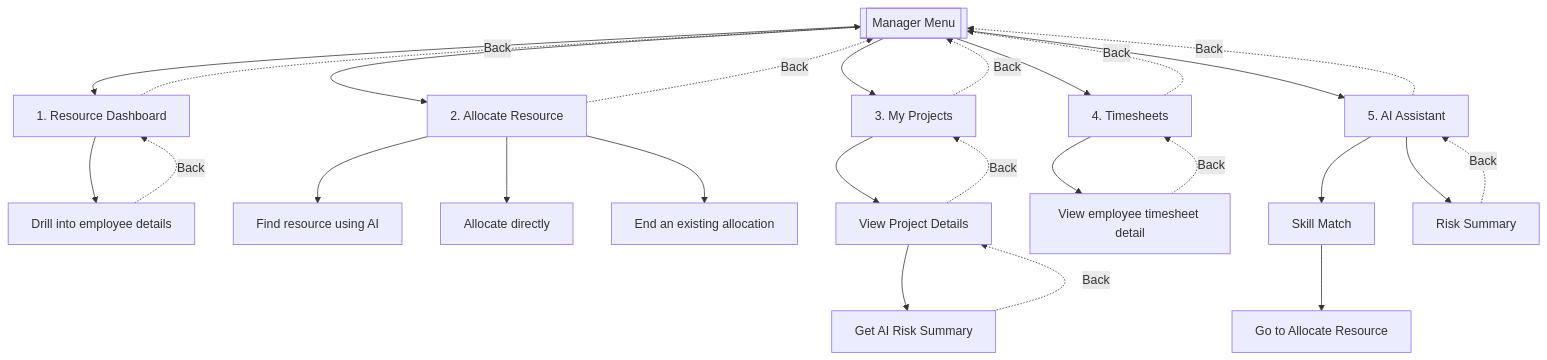
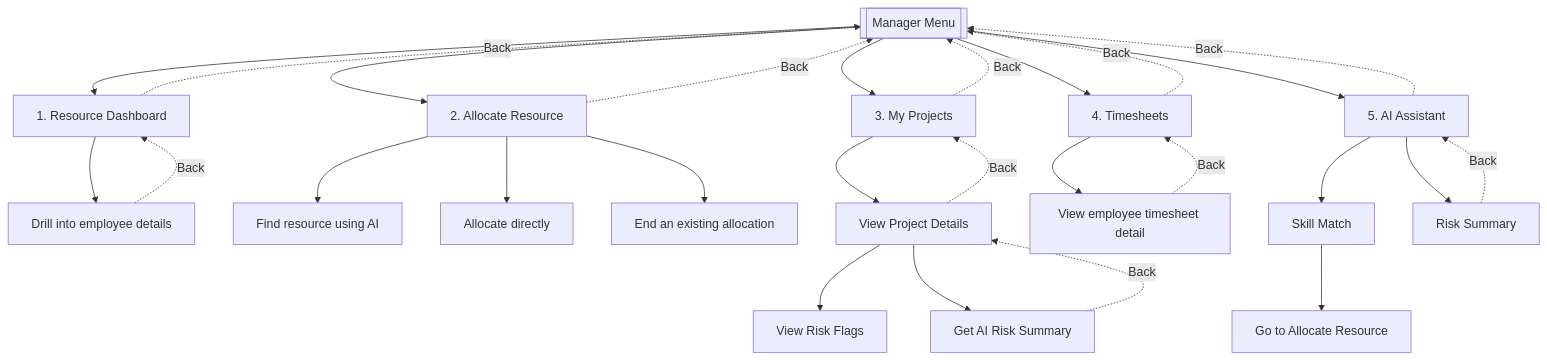
Before and after one commit to RiyaAmetaITT/Project-Resource-Management-tool: the third of 6 diagrams in UML Design/flow_diagrams.md, drawn with Mermaid. The commit also changed other lines of this file and 4 other files, not shown here.

Commit message:
Updated the design diagrams

````diff
--- a/UML Design/flow_diagrams.md
+++ b/UML Design/flow_diagrams.md
@@ -78,34 +82,35 @@
 ```mermaid
 flowchart TD
     ManagerMenu[[Manager Menu]]
     
     ManagerMenu --> ResDash[1. Resource Dashboard]
     ResDash --> DrillEmp[Drill into employee details]
     DrillEmp -. "Back" .-> ResDash
     ResDash -. "Back" .-> ManagerMenu
     
     ManagerMenu --> AllocRes[2. Allocate Resource]
     AllocRes --> AIAlloc[Find resource using AI]
     AllocRes --> DirectAlloc[Allocate directly]
     AllocRes --> EndAlloc[End an existing allocation]
     AllocRes -. "Back" .-> ManagerMenu
     
     ManagerMenu --> MyProj[3. My Projects]
     MyProj --> ProjDetail[View Project Details]
+    ProjDetail --> RiskFlags[View Risk Flags]
     ProjDetail --> AIRisk[Get AI Risk Summary]
     AIRisk -. "Back" .-> ProjDetail
     ProjDetail -. "Back" .-> MyProj
     MyProj -. "Back" .-> ManagerMenu
     
     ManagerMenu --> Timesheets[4. Timesheets]
     Timesheets --> ViewEmpTS[View employee timesheet detail]
     ViewEmpTS -. "Back" .-> Timesheets
     Timesheets -. "Back" .-> ManagerMenu
     
     ManagerMenu --> AIAssist[5. AI Assistant]
     AIAssist --> SkillMatch[Skill Match]
     SkillMatch --> GoToAlloc[Go to Allocate Resource]
     AIAssist --> RiskSumm[Risk Summary]
     RiskSumm -. "Back" .-> AIAssist
     AIAssist -. "Back" .-> ManagerMenu
 ```
````
